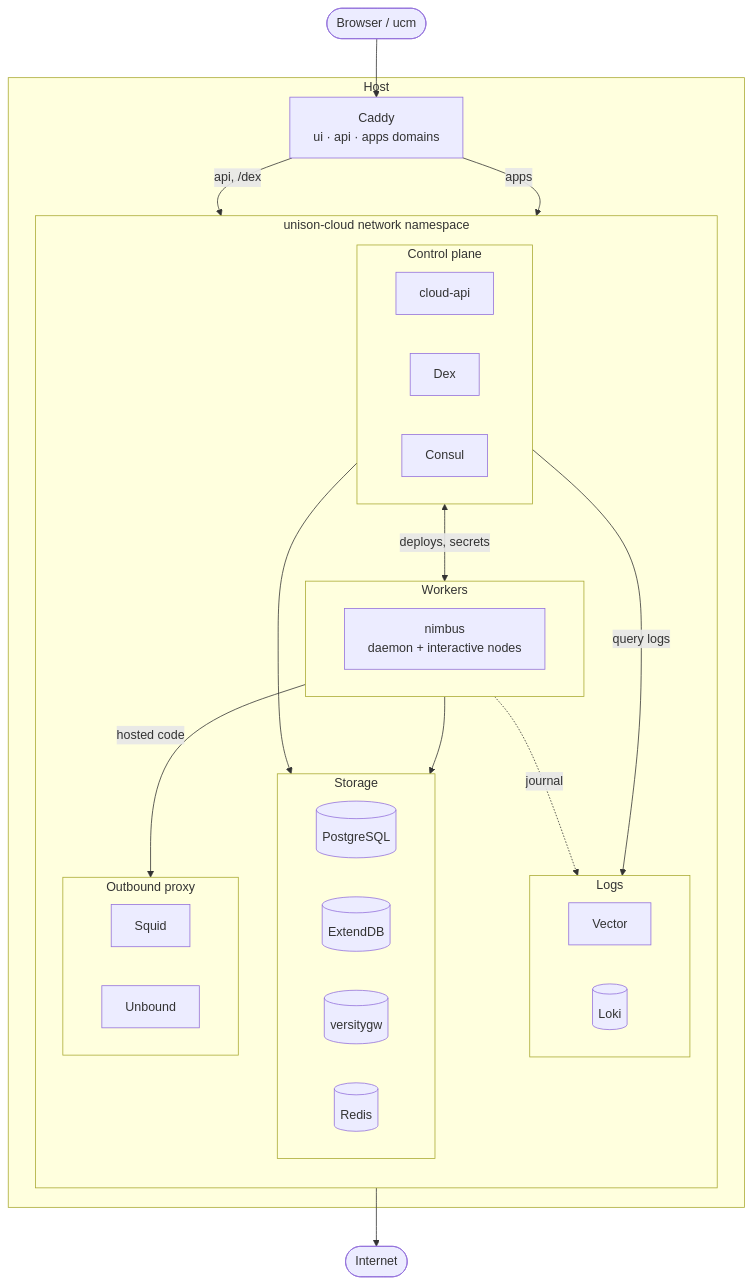
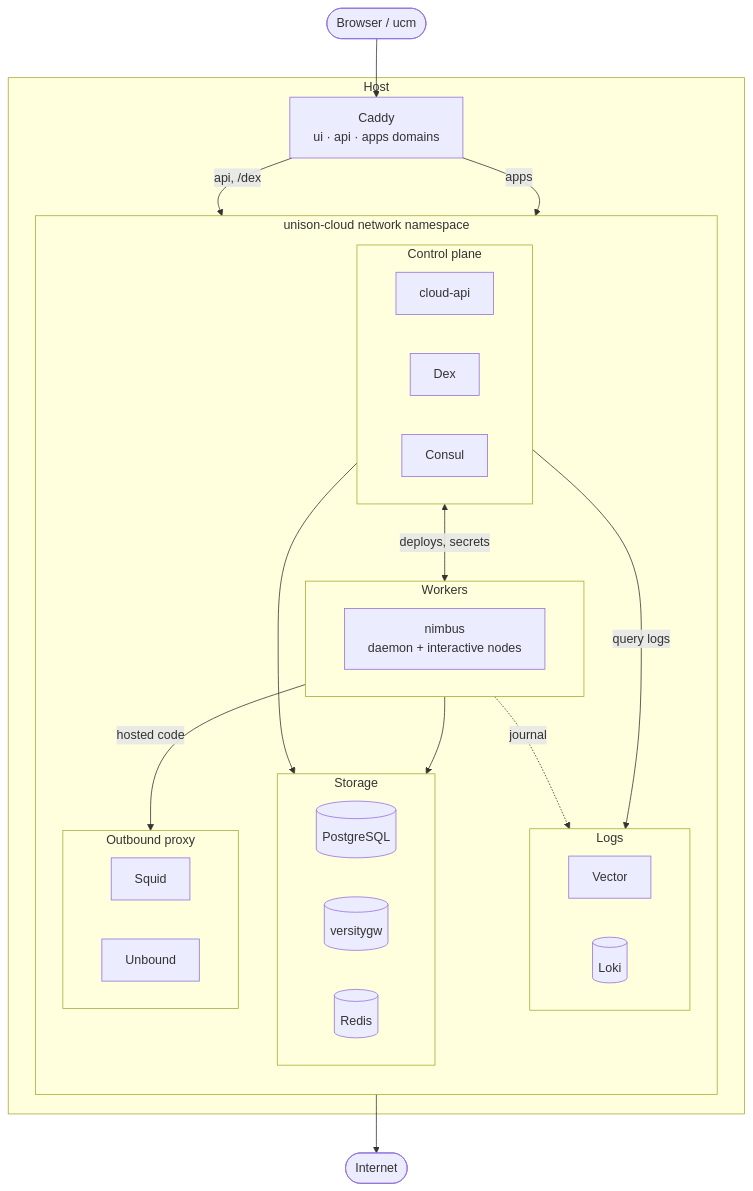
The diagram in README.md (giodamelio/unison-cloud-in-a-bottle), drawn with Mermaid before and after one commit. The commit also changed other lines of this file and 24 other files, not shown here.

````diff
--- a/README.md
+++ b/README.md
@@ -182,56 +181,55 @@
 ```mermaid
 flowchart TB
     users(["Browser / ucm"])
     internet(["Internet"])
 
     subgraph host["Host"]
         caddy["Caddy<br/>ui · api · apps domains"]
 
         subgraph ns["unison-cloud network namespace"]
             direction TB
 
             subgraph control["Control plane"]
                 direction LR
                 api["cloud-api"]
                 dex["Dex"]
                 consul["Consul"]
             end
 
             subgraph workers["Workers"]
                 direction LR
                 nimbus["nimbus<br/>daemon + interactive nodes"]
             end
 
             subgraph storage["Storage"]
                 direction LR
                 postgres[("PostgreSQL")]
-                extenddb[("ExtendDB")]
                 s3[("versitygw")]
                 redis[("Redis")]
             end
 
             subgraph logs["Logs"]
                 direction LR
                 vector["Vector"]
                 loki[("Loki")]
             end
 
             subgraph egress["Outbound proxy"]
                 direction LR
                 squid["Squid"]
                 unbound["Unbound"]
             end
         end
     end
 
     users --> caddy
     caddy -->|"api, /dex"| control
     caddy -->|"apps"| workers
     control <-->|"deploys, secrets"| workers
     control --> storage
     workers --> storage
     workers -.->|journal| logs
     control -->|"query logs"| logs
     workers -->|"hosted code"| egress
     egress --> internet
 ```
````
